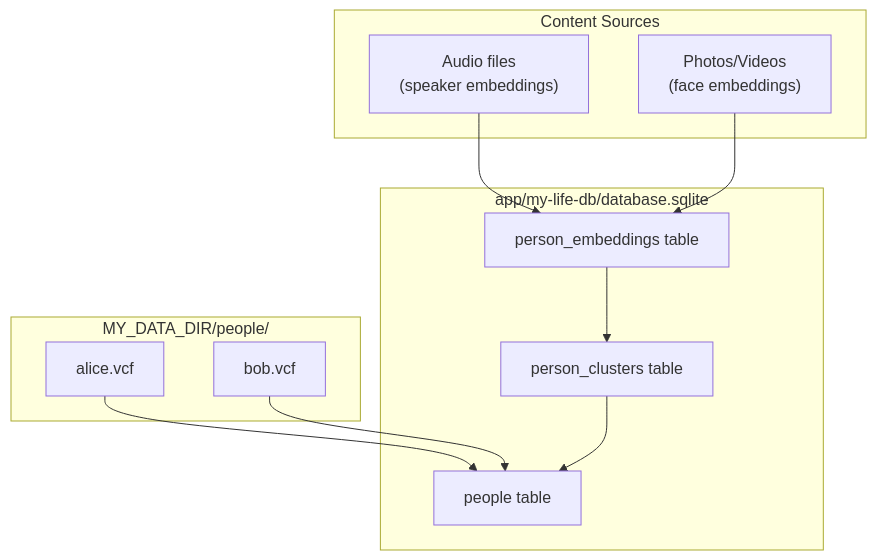
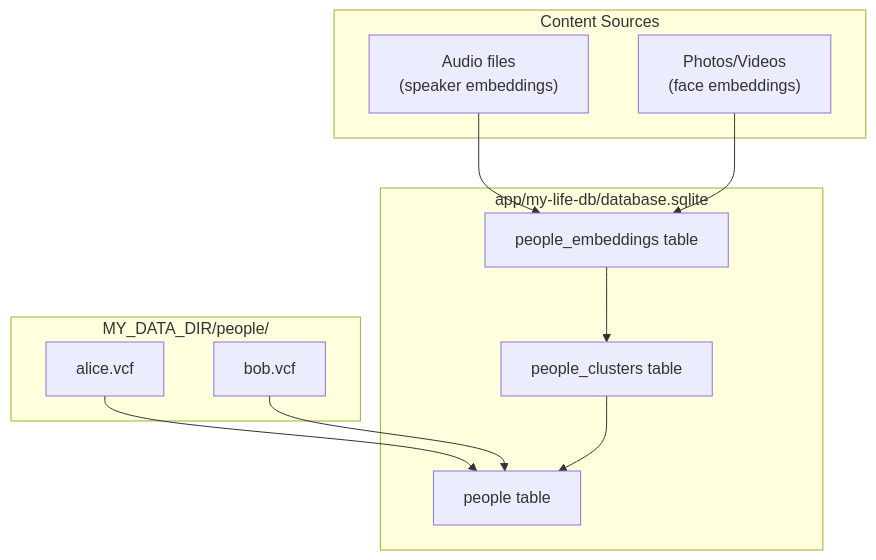
The first of 5 diagrams in docs/people.md (xiaoyuanzhu-com/my-life-db), drawn with Mermaid before and after one commit. The commit also changed other lines of this file and 5 other files, not shown here.

First line of the commit message:
```text refactor: rename person to people across codebase

````diff
--- a/docs/people.md
+++ b/docs/people.md
@@ -16,25 +16,25 @@
 ```mermaid
 graph TB
     subgraph UserData["MY_DATA_DIR/people/"]
         VCF1["alice.vcf"]
         VCF2["bob.vcf"]
     end
 
     subgraph AppData["app/my-life-db/database.sqlite"]
         People["people table"]
-        Embeddings["person_embeddings table"]
-        Clusters["person_clusters table"]
+        Embeddings["people_embeddings table"]
+        Clusters["people_clusters table"]
     end
 
     subgraph Sources["Content Sources"]
         Audio["Audio files<br/>(speaker embeddings)"]
         Photos["Photos/Videos<br/>(face embeddings)"]
     end
 
     VCF1 --> People
     VCF2 --> People
     Audio --> Embeddings
     Photos --> Embeddings
     Embeddings --> Clusters
     Clusters --> People
 ```
````
